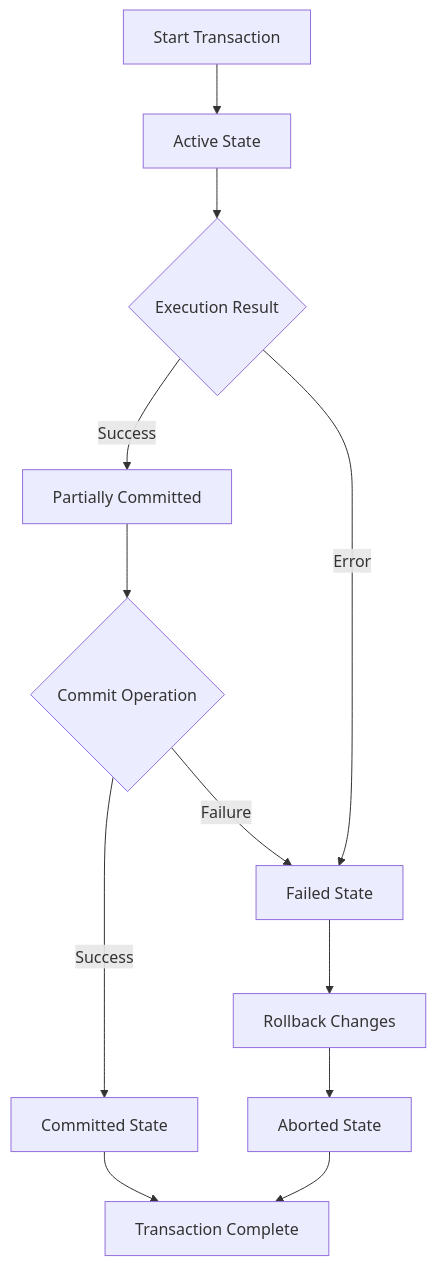
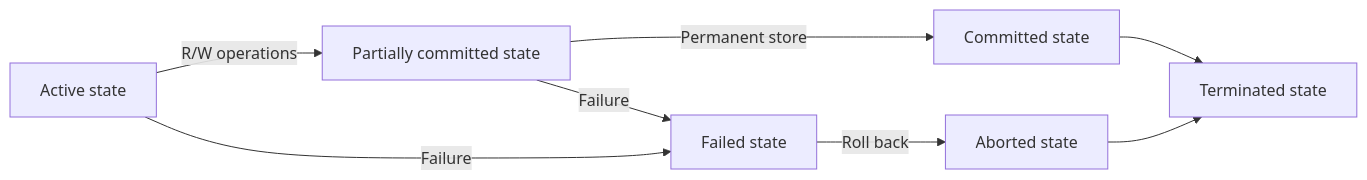
One commit to 17kaushalsingh/Roadmap-Learning changed the second of 2 diagrams in DBMS/Chapter11_ACID_Transactions.md. Above: the diagram before and after it, drawn with Mermaid.

Commit message:
Replace only second transaction diagram with flowchart
Corrected diagram structure:
- Kept first stateDiagram-v2 unchanged (Complete Transaction State Flow)
- Replaced only second diagram with clean flowchart LR
- Maintained both diagrams for comprehensive coverage

Updated flowchart features:
- Left-to-right layout (flowchart LR) for better readability
- Clear state transitions with descriptive labels
- All transaction states: Active → Partially committed → Committed → Terminated
- Failure paths: Active/Patially committed → Failed → Aborted → Terminated
- Descriptive transition labels: R/W operations, Permanent store, Failure, Roll back

Benefits:
- Two complementary diagrams showing different perspectives
- First diagram: Formal state transitions with start/end points
- Second diagram: Simplified flowchart with clear operations
- Complete coverage of transaction lifecycle
- Professional appearance without over-simplification

🤖 Generated with [Claude Code](https://claude.com/claude.com)

````diff
--- a/DBMS/Chapter11_ACID_Transactions.md
+++ b/DBMS/Chapter11_ACID_Transactions.md
@@ -109,17 +109,10 @@
 ```mermaid
-flowchart TD
-    A[Start Transaction] --> B[Active State]
-    B --> C{Execution Result}
-    C -->|Success| D[Partially Committed]
-    C -->|Error| E[Failed State]
-
-    D --> F{Commit Operation}
-    F -->|Success| G[Committed State]
-    F -->|Failure| E
-
-    E --> H[Rollback Changes]
-    H --> I[Aborted State]
-
-    G --> J[Transaction Complete]
-    I --> J
+flowchart LR
+    A[Active state] -->|R/W operations| B[Partially committed state]
+    B -->|Permanent store| C[Committed state]
+    C --> D[Terminated state]
+    A -->|Failure| E[Failed state]
+    B -->|Failure| E
+    E -->|Roll back| F[Aborted state]
+    F --> D
 ```
````
